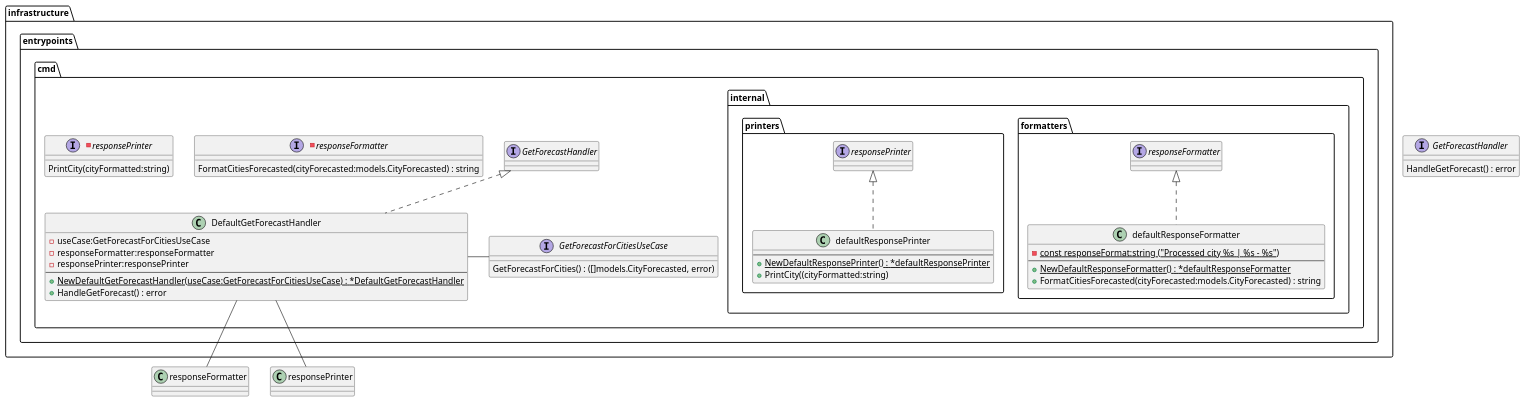
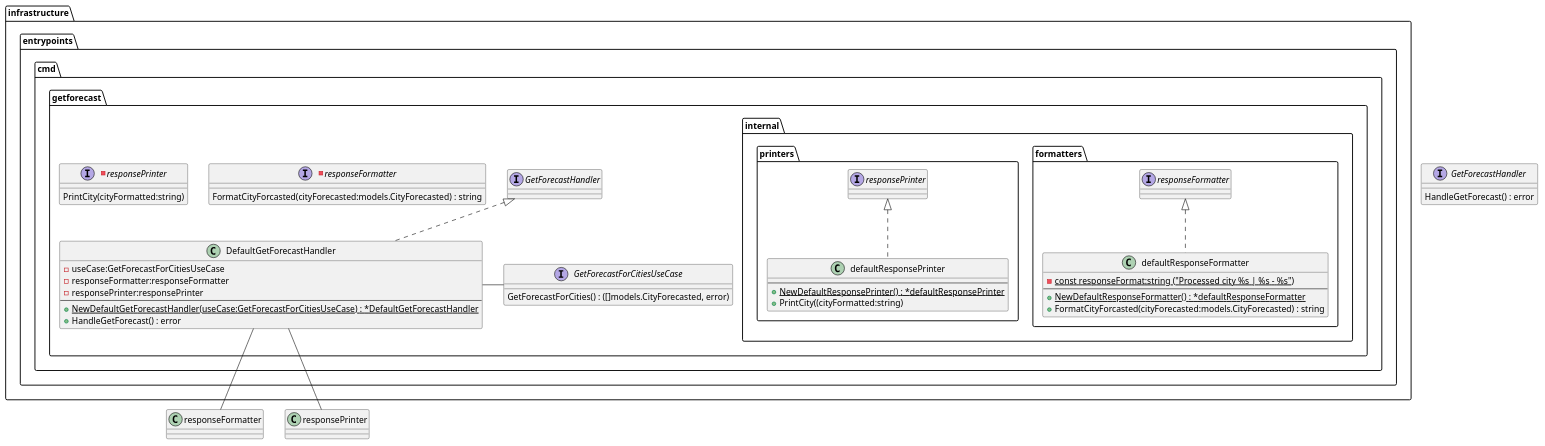
Before and after one commit to micoyeye22/TUITechHomework: the diagram in docs/usecases/getforecastforcities/handler/default_get_forecast_handler_class.puml, drawn with PlantUML. The commit also changed 3 other files, not shown here.

```diff
--- a/docs/usecases/getforecastforcities/handler/default_get_forecast_handler_class.puml
+++ b/docs/usecases/getforecastforcities/handler/default_get_forecast_handler_class.puml
@@ -1,53 +1,53 @@
 @startuml
 
 interface GetForecastHandler {
     HandleGetForecast() : error
 }
 
-package "infrastructure.entrypoints.cmd" {
+package "infrastructure.entrypoints.cmd.getforecast" {
     class DefaultGetForecastHandler implements GetForecastHandler {
         - useCase:GetForecastForCitiesUseCase
         - responseFormatter:responseFormatter
         - responsePrinter:responsePrinter
         ---
         + {static} NewDefaultGetForecastHandler(useCase:GetForecastForCitiesUseCase) : *DefaultGetForecastHandler
         + HandleGetForecast() : error
     }
 
     interface GetForecastForCitiesUseCase {
         GetForecastForCities() : ([]models.CityForecasted, error)
     }
 
     -interface responseFormatter {
-        FormatCitiesForecasted(cityForecasted:models.CityForecasted) : string
+        FormatCityForcasted(cityForecasted:models.CityForecasted) : string
     }
 
     -interface responsePrinter {
         PrintCity(cityFormatted:string)
     }
 
     package "internal" {
         package "formatters" {
             class defaultResponseFormatter implements responseFormatter {
                 - {static} const responseFormat:string ("Processed city %s | %s - %s")
                 ---
                 + {static} NewDefaultResponseFormatter() : *defaultResponseFormatter
-                + FormatCitiesForecasted(cityForecasted:models.CityForecasted) : string
+                + FormatCityForcasted(cityForecasted:models.CityForecasted) : string
             }
         }
 
         package "printers" {
             class defaultResponsePrinter implements responsePrinter {
                 ---
                 + {static} NewDefaultResponsePrinter() : *defaultResponsePrinter
                 + PrintCity((cityFormatted:string)
             }
         }
     }
 }
 
 DefaultGetForecastHandler - GetForecastForCitiesUseCase
 DefaultGetForecastHandler -- responseFormatter
 DefaultGetForecastHandler -- responsePrinter
 
 @enduml
```
